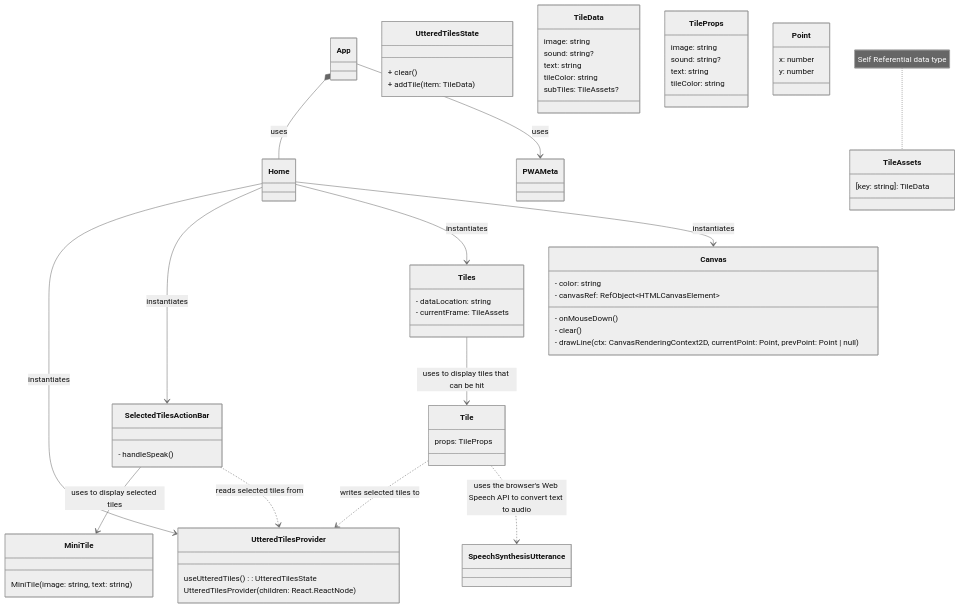
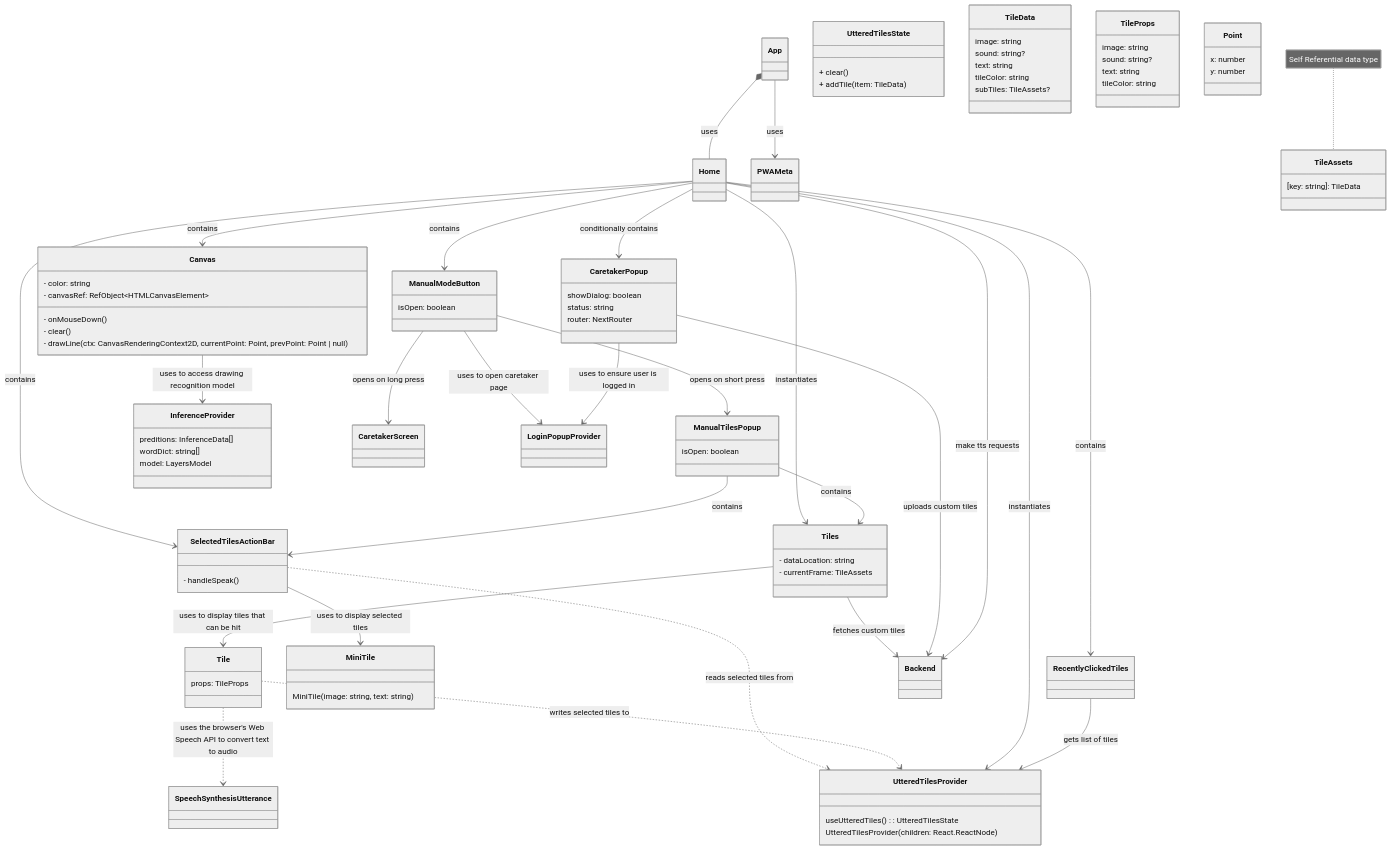
The diagram in documentation/docs/system-architecture/Frontend UML.md (Capstone-Projects-2023-Fall/project-smartspeech), drawn with Mermaid (neutral theme) before and after one commit. The commit also changed 2 other files, not shown here.

Commit message:
Updates UML diagrams

````diff
--- a/documentation/docs/system-architecture/Frontend UML.md
+++ b/documentation/docs/system-architecture/Frontend UML.md
@@ -81,6 +80,29 @@
         MiniTile(image: string, text: string)
     }
 
+    class CaretakerPopup {
+        showDialog: boolean
+    }
+
+    class ManualModeButton {
+        isOpen: boolean
+    }
+
+    class ManualTilesPopup {
+        isOpen: boolean
+    }
+
+    class CaretakerPopup {
+        status: string
+        router: NextRouter
+    }
+
+    class InferenceProvider {
+        preditions: InferenceData[]
+        wordDict: string[]
+        model: LayersModel
+    }
+
     note for TileAssets "Self Referential data type"
 
     SelectedTilesActionBar --> MiniTile: uses to display selected tiles
@@ -93,7 +115,30 @@
     App *-- Home: uses
     App --> PWAMeta: uses
     Home --> UtteredTilesProvider: instantiates
-    Home --> SelectedTilesActionBar: instantiates
+    Home --> SelectedTilesActionBar: contains
     Home --> Tiles: instantiates
-    Home --> Canvas: instantiates
+    Home --> Canvas: contains
+    Home --> RecentlyClickedTiles: contains
+    Home --> CaretakerPopup: conditionally contains
+    Home --> ManualModeButton: contains
+
+    RecentlyClickedTiles --> UtteredTilesProvider: gets list of tiles
+
+    ManualModeButton --> ManualTilesPopup: opens on short press
+    ManualModeButton --> CaretakerScreen: opens on long press
+
+    ManualModeButton --> LoginPopupProvider: uses to open caretaker page
+
+    ManualTilesPopup --> Tiles: contains
+    ManualTilesPopup --> SelectedTilesActionBar: contains
+
+    CaretakerPopup --> LoginPopupProvider: uses to ensure user is logged in
+
+    Canvas --> InferenceProvider: uses to access drawing recognition model
+
+    Tiles --> Backend: fetches custom tiles
+
+    CaretakerPopup --> Backend: uploads custom tiles
+
+    Home --> Backend: make tts requests
 ```
````
